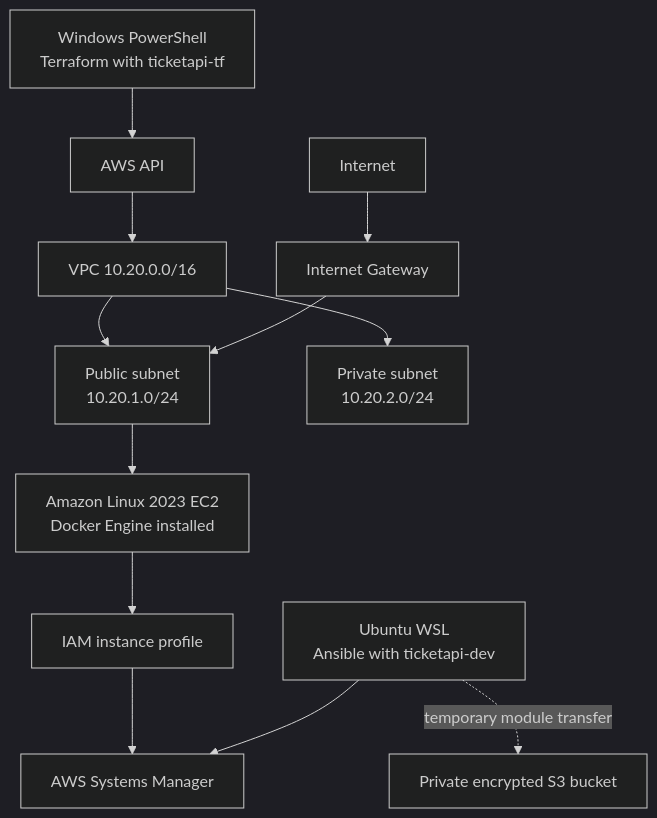
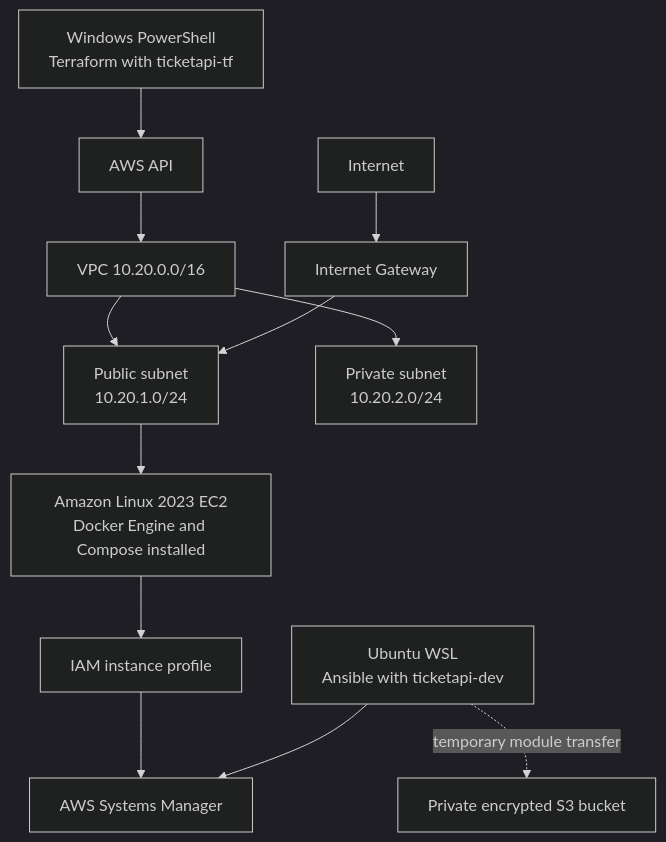
The third of 4 diagrams in README.md (Orlando-Alvarez/Ticket-API), drawn with Mermaid (dark theme) before and after one commit. The commit also changed other lines of this file, not shown here.

Commit message:
docs(devops): update README with verified Docker Compose automation

````diff
--- a/README.md
+++ b/README.md
@@ -131,14 +161,14 @@
 ```mermaid
 flowchart TB
     TF[Windows PowerShell<br/>Terraform with ticketapi-tf] --> AWS[AWS API]
     AWS --> VPC[VPC 10.20.0.0/16]
     VPC --> Public[Public subnet<br/>10.20.1.0/24]
     VPC --> Private[Private subnet<br/>10.20.2.0/24]
     Internet[Internet] --> IGW[Internet Gateway]
     IGW --> Public
-    Public --> EC2[Amazon Linux 2023 EC2<br/>Docker Engine installed]
+    Public --> EC2[Amazon Linux 2023 EC2<br/>Docker Engine and Compose installed]
     EC2 --> Profile[IAM instance profile]
     Profile --> SSM[AWS Systems Manager]
     WSL[Ubuntu WSL<br/>Ansible with ticketapi-dev] --> SSM
     WSL -. temporary module transfer .-> S3[Private encrypted S3 bucket]
 ```
````
